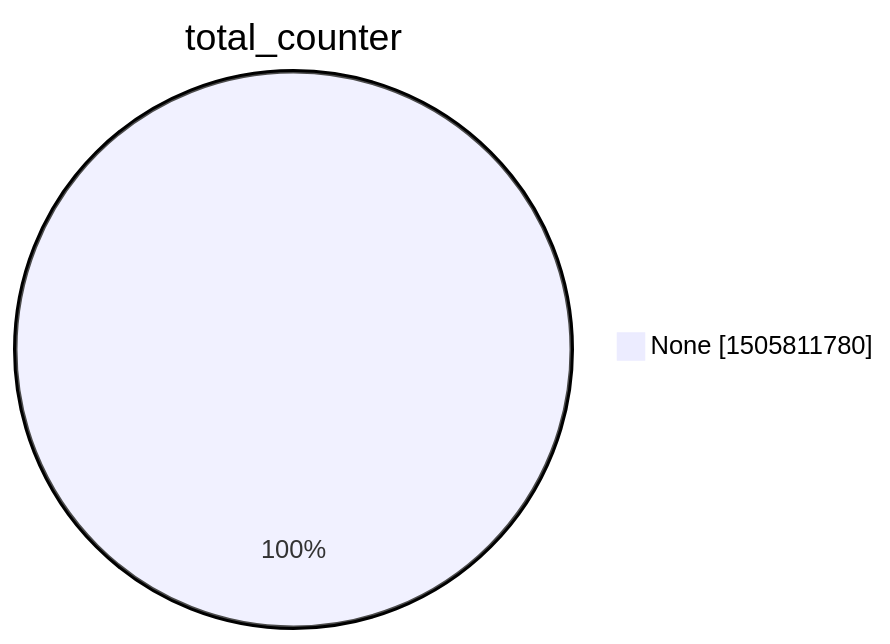
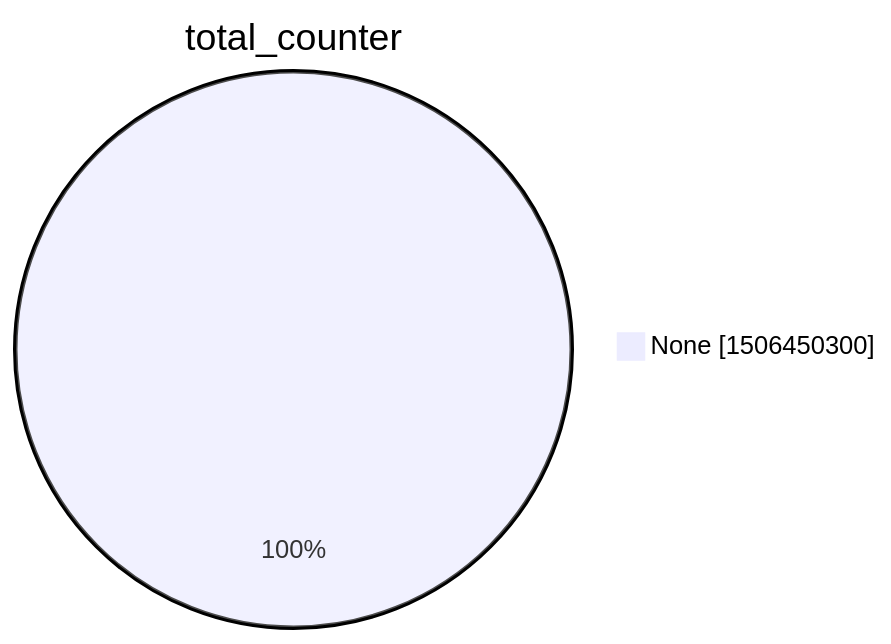
Before and after one commit to christiankrug/ctmonitor_visualization: the second of 15 diagrams in argon2022/README.md, drawn with Mermaid. The commit also changed other lines of this file, not shown here.

````diff
--- a/argon2022/README.md
+++ b/argon2022/README.md
@@ -9,5 +9,5 @@
 ```mermaid
 pie showData
 title total_counter
-"None" :1505811780
+"None" :1506450300
 ```
````
